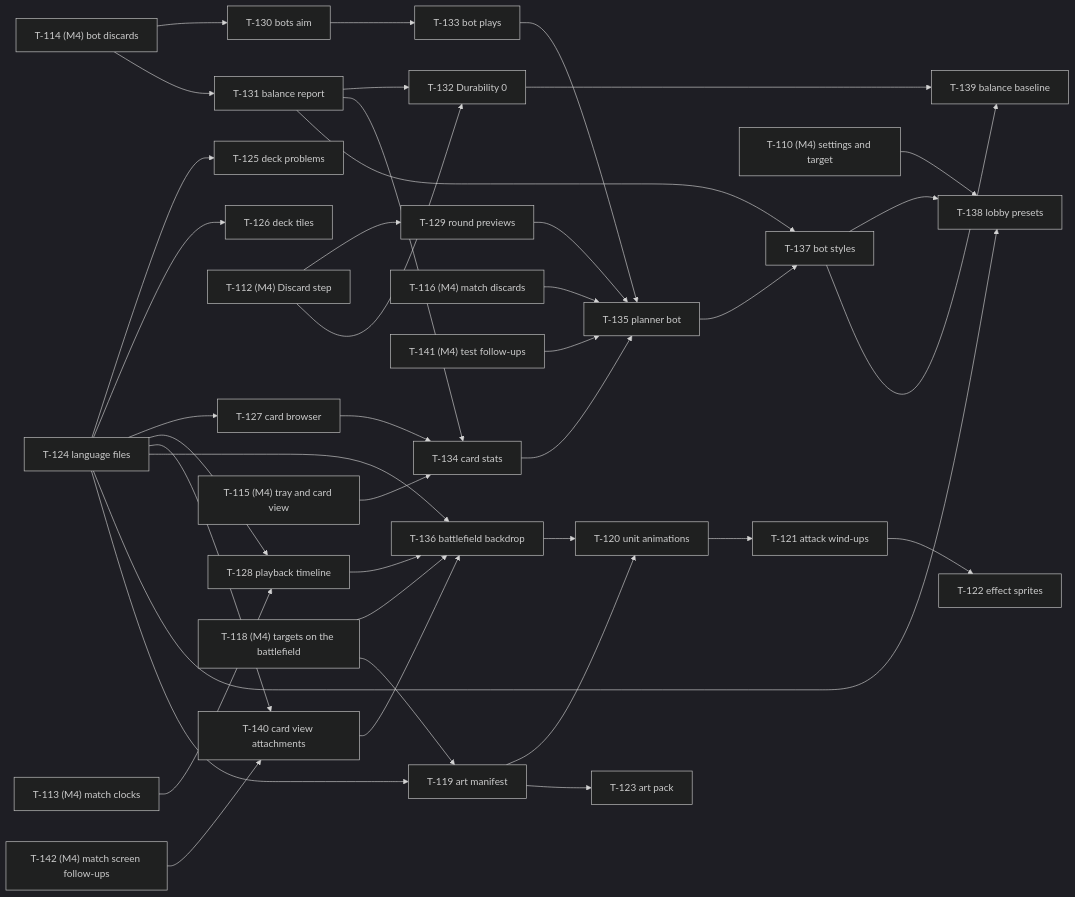
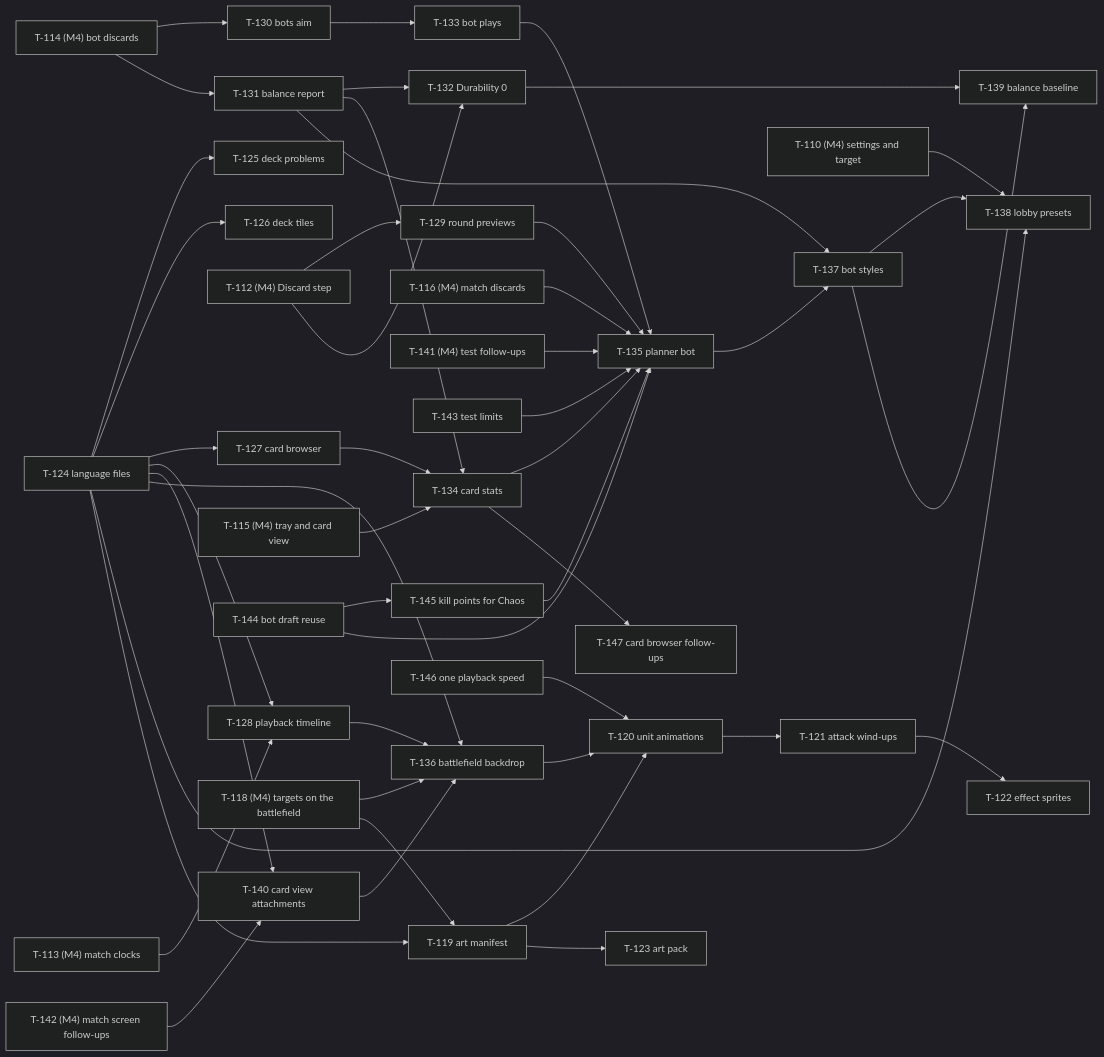
One commit to fringlesinthestreet/chaosgrid-docs changed the sixth of 6 diagrams in docs/tasks/README.md. Above: the diagram before and after it, drawn with Mermaid (dark theme). The commit also changed other lines of this file and 8 other files, not shown here.

Commit message:
docs(tasks): card the M5 handoff follow-ups and add planning rule 11

````diff
--- a/docs/tasks/README.md
+++ b/docs/tasks/README.md
@@ -459,42 +461,48 @@
 ```mermaid
 graph LR
   T124["T-124 language files"] --> T125["T-125 deck problems"]
   T124 --> T126["T-126 deck tiles"]
   T124 --> T127["T-127 card browser"]
   T113["T-113 (M4) match clocks"] --> T128["T-128 playback timeline"]
   T124 --> T128
   T112["T-112 (M4) Discard step"] --> T129["T-129 round previews"]
   T114["T-114 (M4) bot discards"] --> T130["T-130 bots aim"]
   T114 --> T131["T-131 balance report"]
   T112 --> T132["T-132 Durability 0"]
   T131 --> T132
   T130 --> T133["T-133 bot plays"]
   T115["T-115 (M4) tray and card view"] --> T134["T-134 card stats"]
   T127 --> T134
   T131 --> T134
   T116["T-116 (M4) match discards"] --> T135["T-135 planner bot"]
   T129 --> T135
   T133 --> T135
   T134 --> T135
   T141["T-141 (M4) test follow-ups"] --> T135
+  T143["T-143 test limits"] --> T135
+  T144["T-144 bot draft reuse"] --> T145["T-145 kill points for Chaos"]
+  T144 --> T135
+  T145 --> T135
+  T134 --> T147["T-147 card browser follow-ups"]
   T124 --> T140["T-140 card view attachments"]
   T142["T-142 (M4) match screen follow-ups"] --> T140
   T118["T-118 (M4) targets on the battlefield"] --> T136["T-136 battlefield backdrop"]
   T124 --> T136
   T128 --> T136
   T140 --> T136
   T131 --> T137["T-137 bot styles"]
   T135 --> T137
   T110["T-110 (M4) settings and target"] --> T138["T-138 lobby presets"]
   T124 --> T138
   T137 --> T138
   T137 --> T139["T-139 balance baseline"]
   T132 --> T139
   T118 --> T119["T-119 art manifest"]
   T124 --> T119
   T119 --> T120["T-120 unit animations"]
   T136 --> T120
+  T146["T-146 one playback speed"] --> T120
   T120 --> T121["T-121 attack wind-ups"]
   T121 --> T122["T-122 effect sprites"]
   T119 --> T123["T-123 art pack"]
 ```
````
